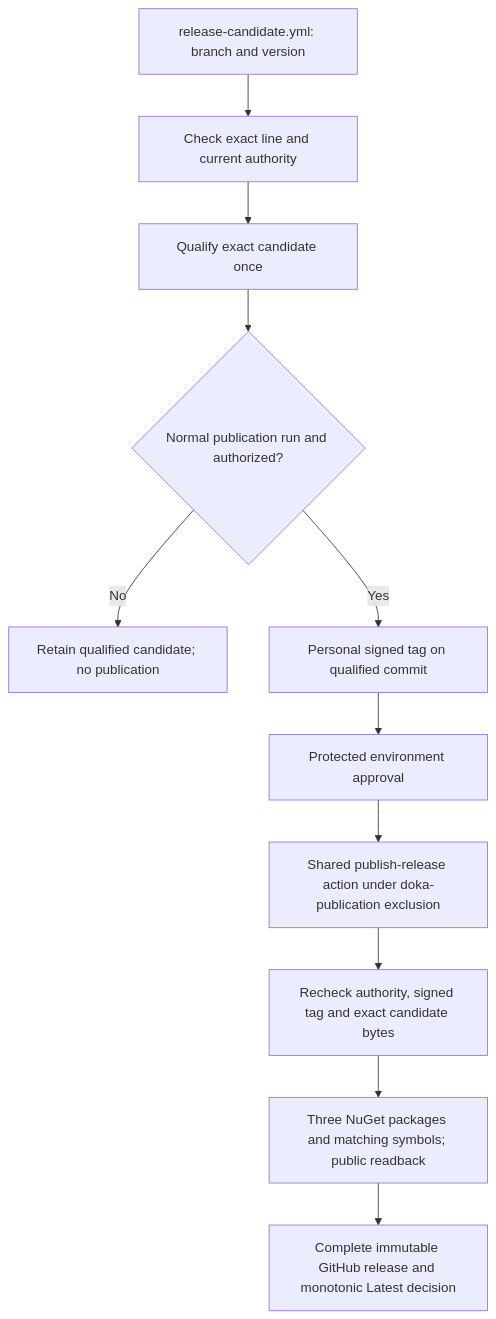
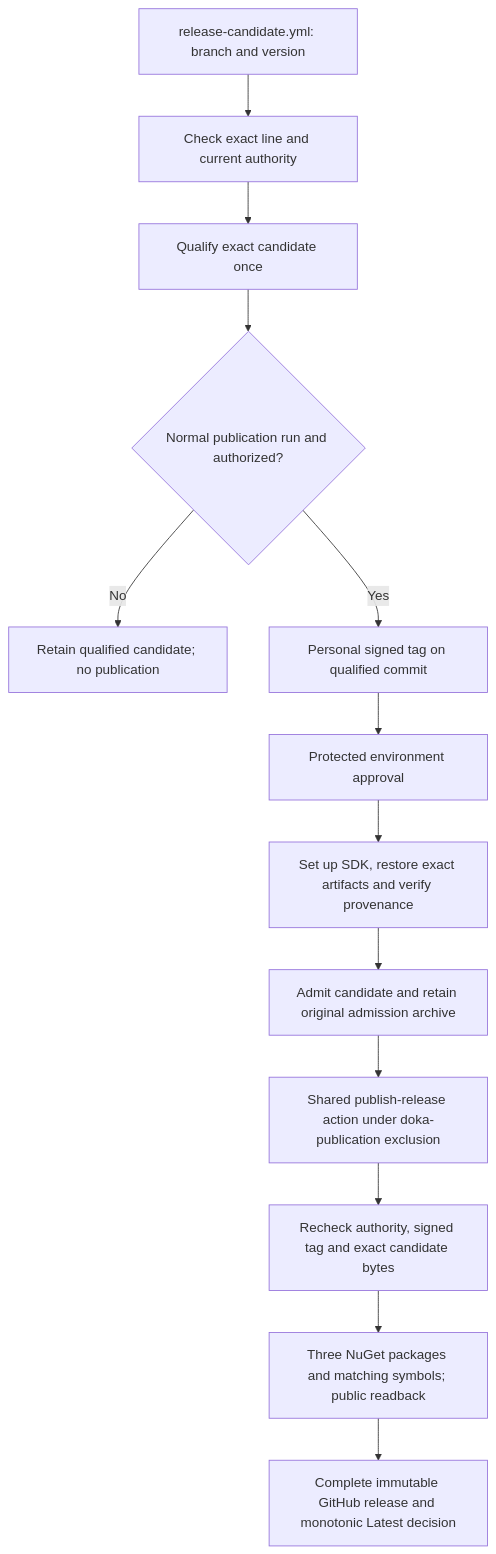
The second of 2 diagrams in docs/operations/workflow-overview.md (doka-labs/Doka.EntityFrameworkCore.MySql), drawn with Mermaid before and after one commit. The commit also changed other lines of this file and 16 other files, not shown here.

First line of the commit message:
fix(release): preserve safe same-run publication recovery (#127)

````diff
--- a/docs/operations/workflow-overview.md
+++ b/docs/operations/workflow-overview.md
@@ -109,13 +109,15 @@
 ```mermaid
 flowchart TD
     START["release-candidate.yml: branch and version"] --> AUTH["Check exact line and current authority"]
     AUTH --> QUALIFY["Qualify exact candidate once"]
     QUALIFY --> CHOICE{"Normal publication run and authorized?"}
     CHOICE -->|"No"| EVIDENCE["Retain qualified candidate; no publication"]
     CHOICE -->|"Yes"| TAG["Personal signed tag on qualified commit"]
     TAG --> APPROVE["Protected environment approval"]
-    APPROVE --> PUBLISH["Shared publish-release action under doka-publication exclusion"]
+    APPROVE --> PREPARE["Set up SDK, restore exact artifacts and verify provenance"]
+    PREPARE --> ADMIT["Admit candidate and retain original admission archive"]
+    ADMIT --> PUBLISH["Shared publish-release action under doka-publication exclusion"]
     PUBLISH --> CHECK["Recheck authority, signed tag and exact candidate bytes"]
     CHECK --> PACKAGES["Three NuGet packages and matching symbols; public readback"]
     PACKAGES --> RELEASE["Complete immutable GitHub release and monotonic Latest decision"]
 ```
````
